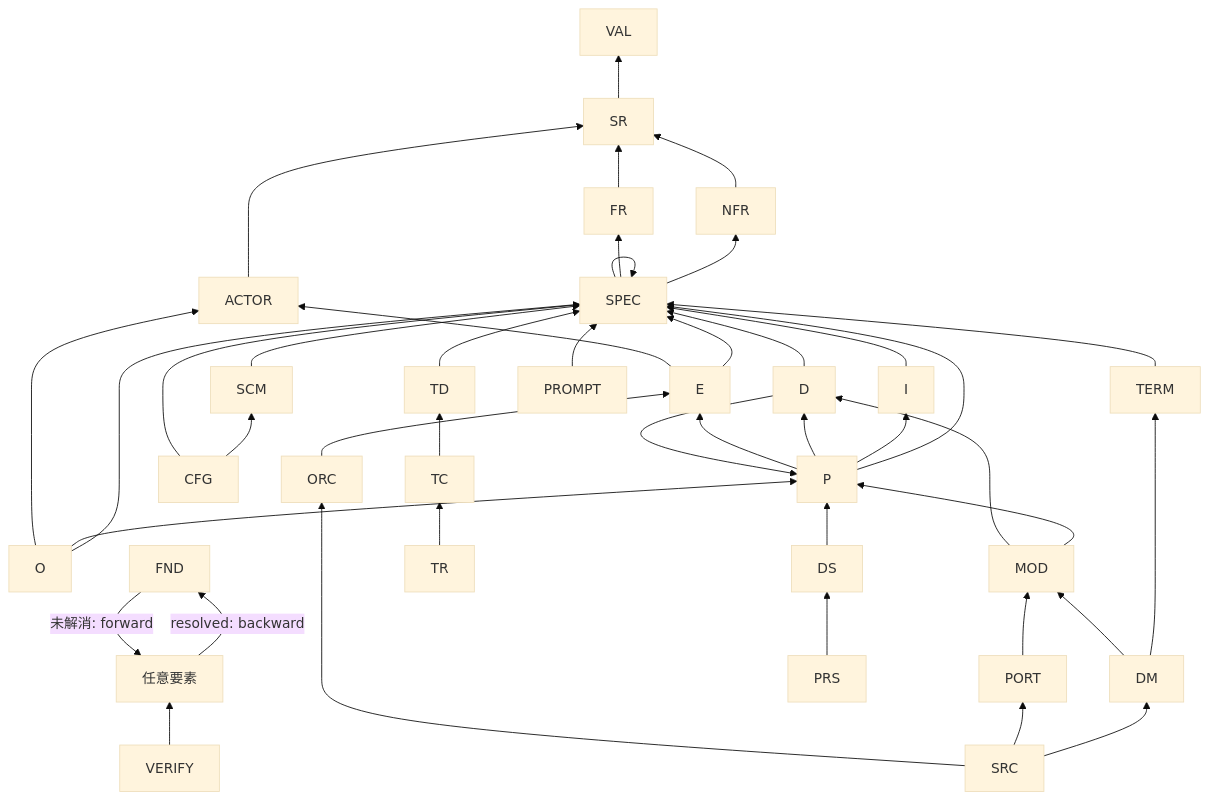
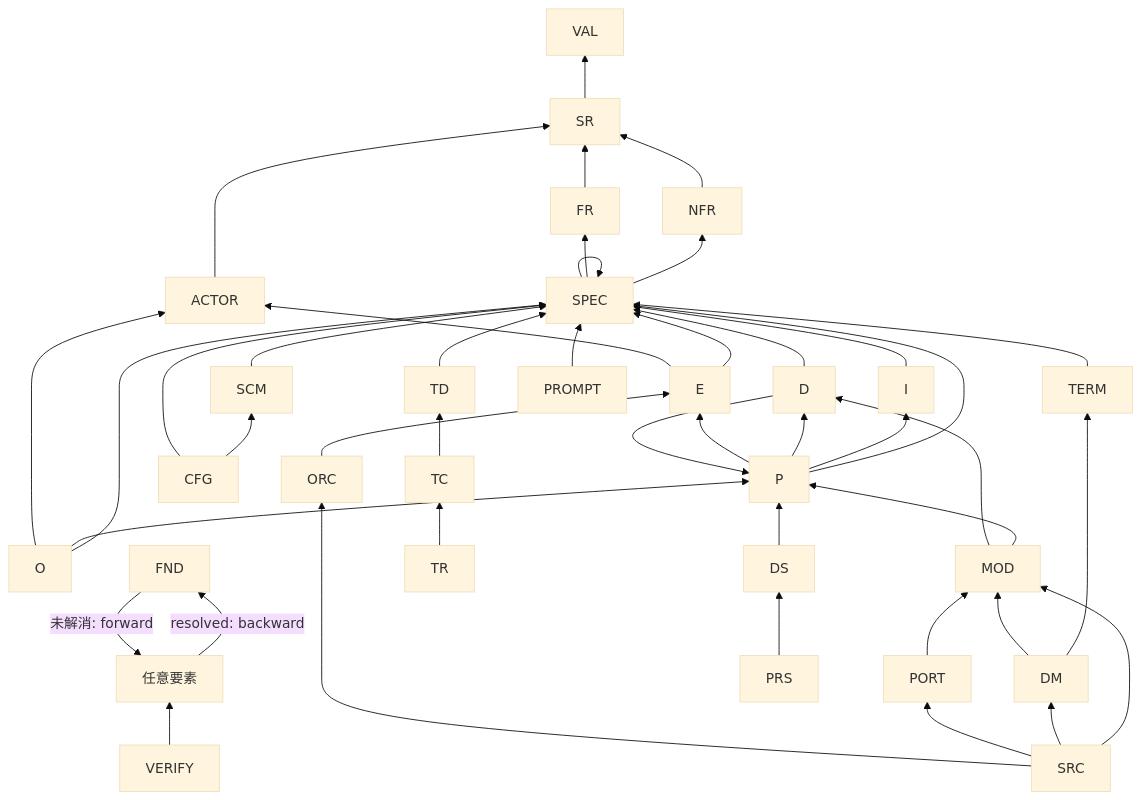
The diagram in docs/doc-system/03-connection-matrix.md (hiratashinnya/review-system), drawn with Mermaid (base theme) before and after one commit. The commit also changed other lines of this file and 16 other files, not shown here.

````diff
--- a/docs/doc-system/03-connection-matrix.md
+++ b/docs/doc-system/03-connection-matrix.md
@@ -17,44 +17,45 @@
 ```mermaid
 flowchart BT
   SR --> VAL
   FR --> SR
   NFR --> SR
   SPEC --> NFR
   SPEC --> FR
   SPEC --> SPEC
   TERM --> SPEC
   ACTOR --> SR
   I --> SPEC
   O --> SPEC
   O --> P
   O --> ACTOR
   D --> SPEC
   D --> P
   P --> SPEC
   P --> I
   P --> D
   P --> E
   E --> SPEC
   E --> ACTOR
   ORC --> E
   DS --> P
   MOD --> P
   MOD --> D
   DM --> TERM
   DM --> MOD
   PORT --> MOD
   PRS --> DS
   SCM --> SPEC
   CFG --> SCM
   CFG --> SPEC
   PROMPT --> SPEC
+  SRC --> MOD
   SRC --> DM
   SRC --> PORT
   SRC --> ORC
   TD --> SPEC
   TC --> TD
   TR --> TC
   VERIFY --> 任意要素
   FND -->|未解消: forward| 任意要素
   任意要素 -->|resolved: backward| FND
 ```
````
